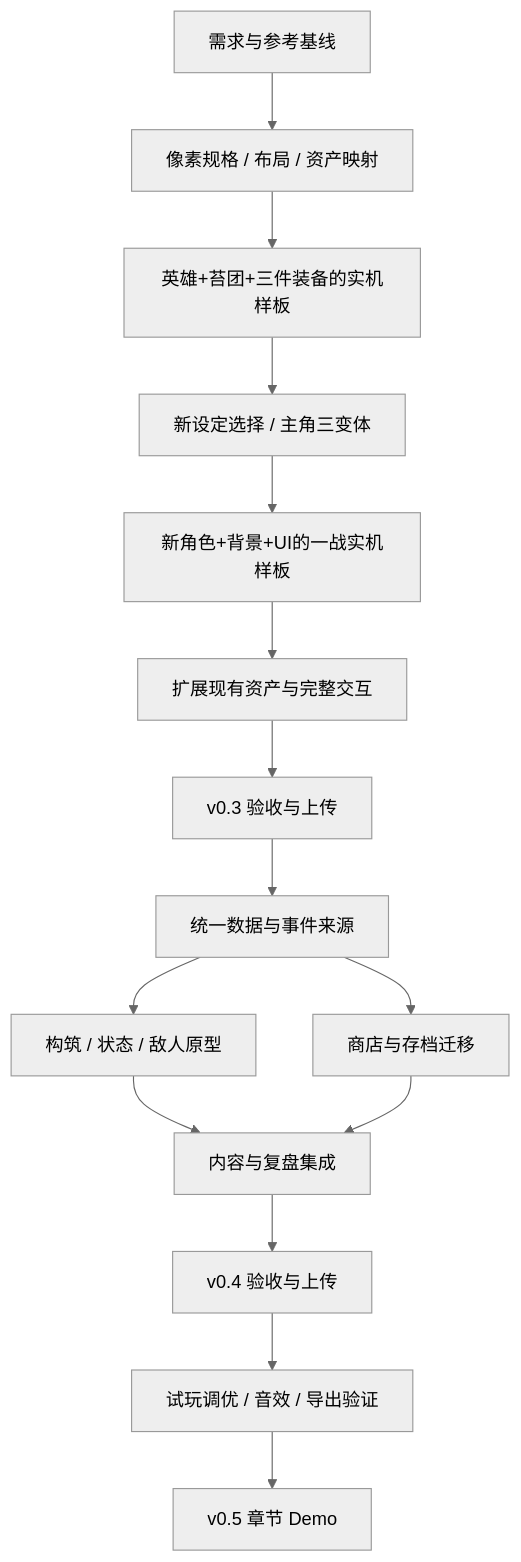
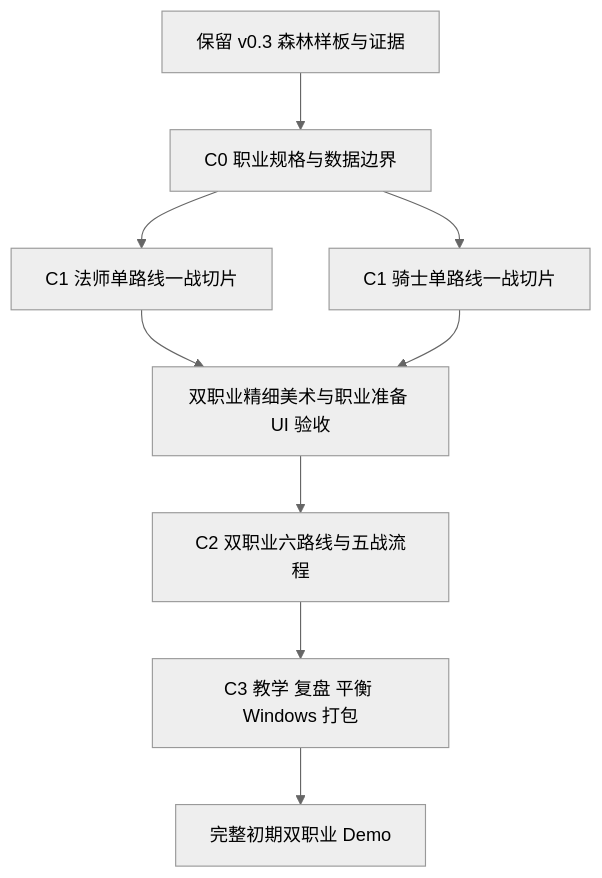
One commit to zhanghang211202/godot-ai-agent-demo changed the diagram in docs/development-plan.md. Above: the diagram before and after it, drawn with Mermaid (neutral theme). The commit also changed other lines of this file and 10 other files, not shown here.

Commit message:
docs: define mage and knight classes with six build paths

````diff
--- a/docs/development-plan.md
+++ b/docs/development-plan.md
@@ -26,17 +40,11 @@
 ```mermaid
 flowchart TD
-    M0[需求与参考基线] --> A[像素规格 / 布局 / 资产映射]
-    A --> B[英雄+苔团+三件装备的实机样板]
-    B --> R0[新设定选择 / 主角三变体]
-    R0 --> R1[新角色+背景+UI的一战实机样板]
-    R1 --> C[扩展现有资产与完整交互]
-    C --> D[v0.3 验收与上传]
-    D --> E[统一数据与事件来源]
-    E --> F[构筑 / 状态 / 敌人原型]
-    E --> G[商店与存档迁移]
-    F --> H[内容与复盘集成]
-    G --> H
-    H --> I[v0.4 验收与上传]
-    I --> J[试玩调优 / 音效 / 导出验证]
-    J --> K[v0.5 章节 Demo]
+    Legacy[保留 v0.3 森林样板与证据] --> C0[C0 职业规格与数据边界]
+    C0 --> Mage[C1 法师单路线一战切片]
+    C0 --> Knight[C1 骑士单路线一战切片]
+    Mage --> Art[双职业精细美术与职业准备 UI 验收]
+    Knight --> Art
+    Art --> C2[C2 双职业六路线与五战流程]
+    C2 --> C3[C3 教学 复盘 平衡 Windows 打包]
+    C3 --> Demo[完整初期双职业 Demo]
 ```
````
